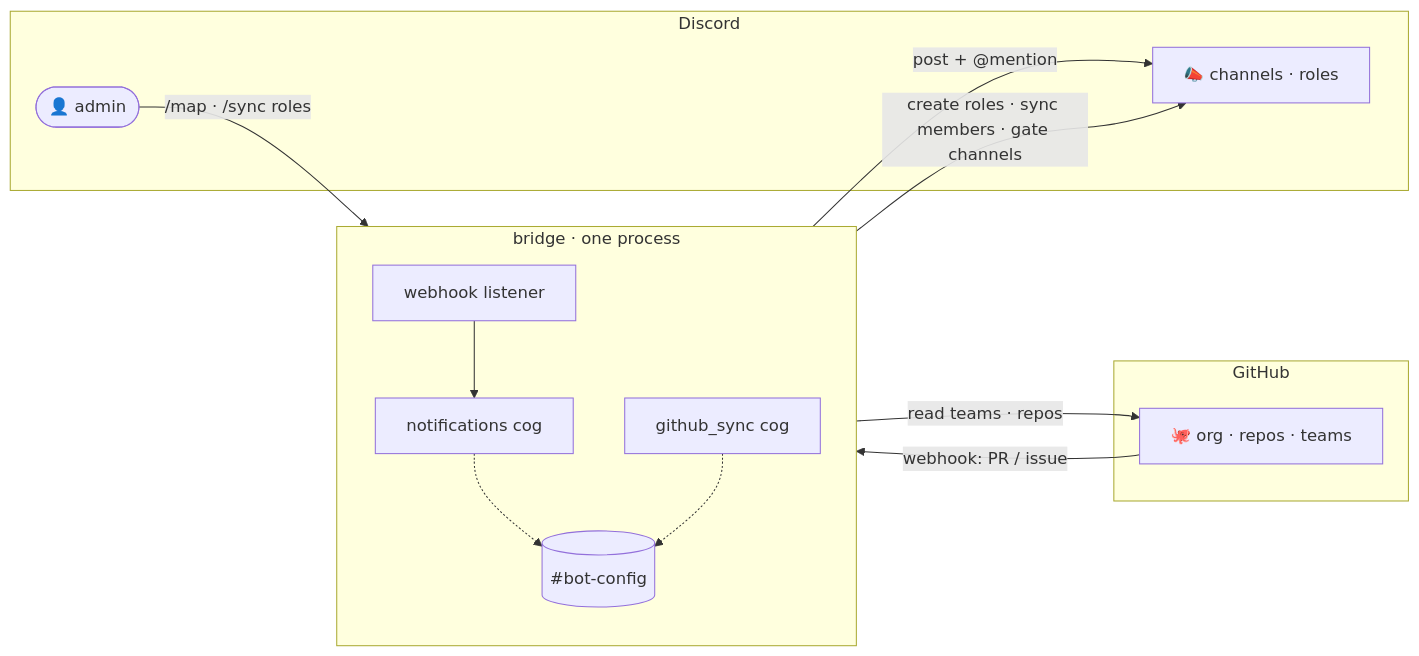
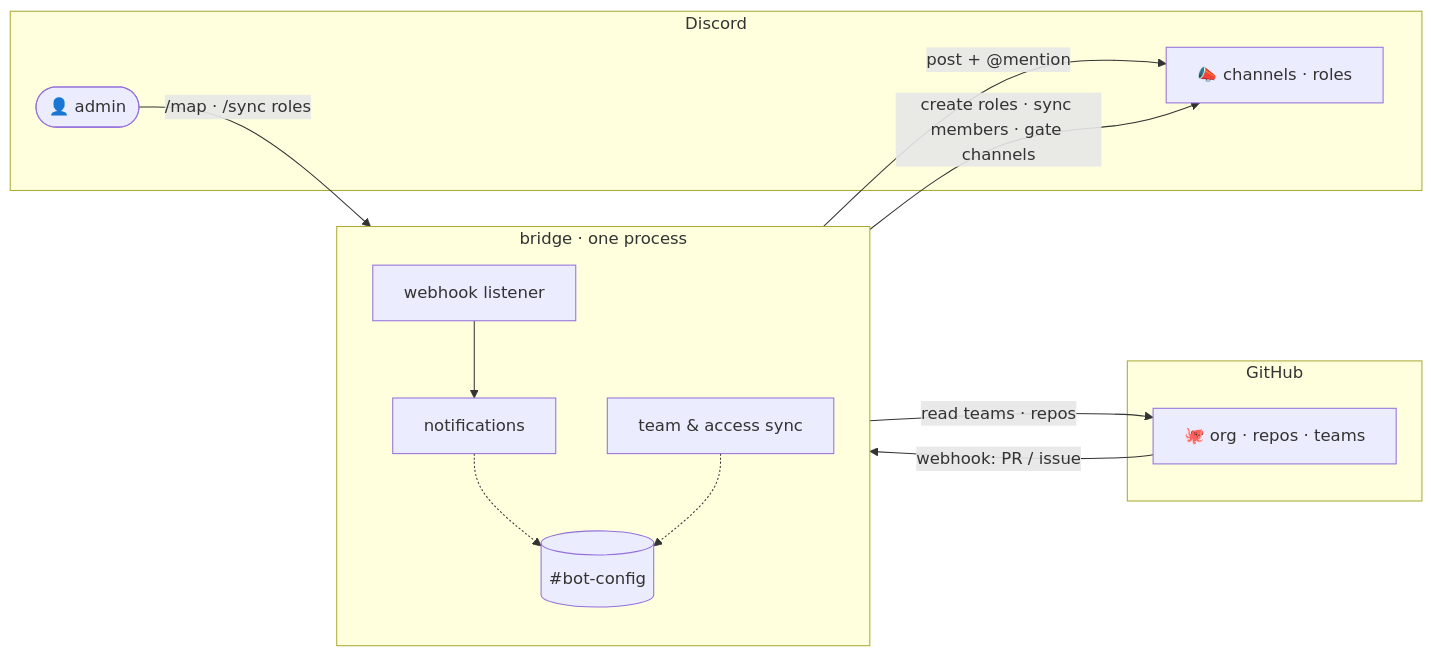
The diagram in docs/index.md (ranqialabs/workspace), drawn with Mermaid before and after one commit. The commit also changed other lines of this file and 8 other files, not shown here.

````diff
--- a/docs/index.md
+++ b/docs/index.md
@@ -55,28 +55,28 @@
 ```mermaid
 flowchart LR
   subgraph gh [GitHub]
     GH["🐙 org · repos · teams"]
   end
 
   subgraph bot [bridge · one process]
     direction TB
     W["webhook listener"]
-    N["notifications cog"]
-    S["github_sync cog"]
+    N["notifications"]
+    S["team &amp; access sync"]
     CFG[("#bot-config")]
     W --> N
     N -.-> CFG
     S -.-> CFG
   end
 
   subgraph dc [Discord]
     DC["📣 channels · roles"]
     A(["👤 admin"])
   end
 
   GH -- "webhook: PR / issue" --> W
   N -- "post + @mention" --> DC
   A -- "/map · /sync roles" --> S
   S -- "read teams · repos" --> GH
   S -- "create roles · sync members · gate channels" --> DC
 ```
````
